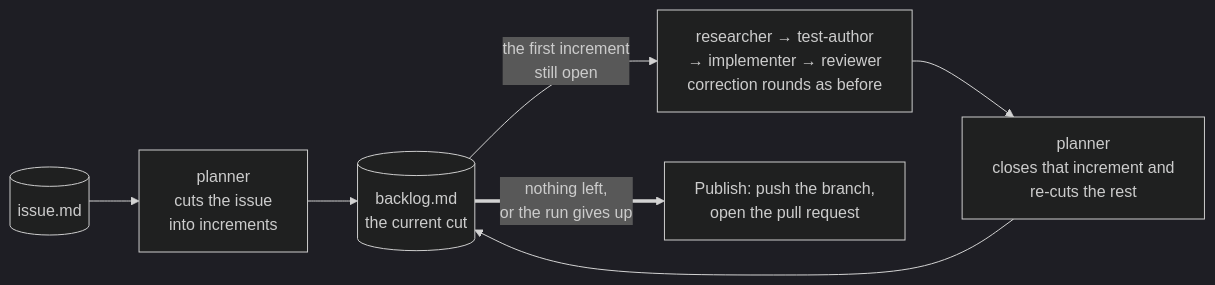
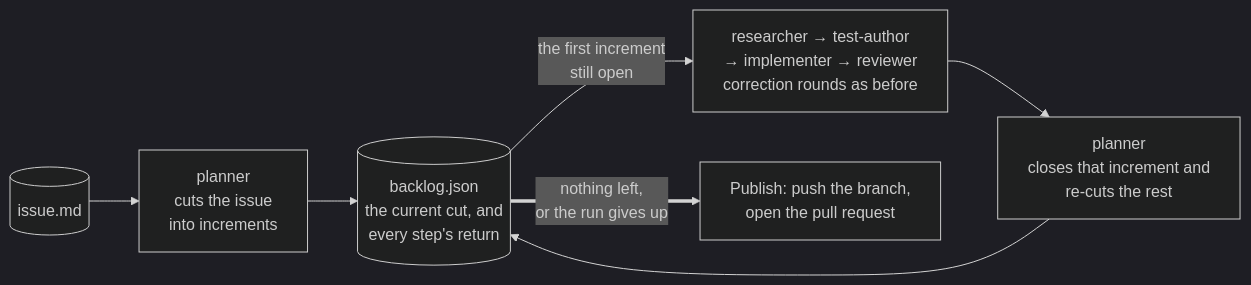
The second of 4 diagrams in README.md (artkoenig/athena), drawn with Mermaid (dark theme) before and after one commit. The commit also changed other lines of this file and 14 other files, not shown here.

````diff
--- a/README.md
+++ b/README.md
@@ -95,9 +100,9 @@
 ```mermaid
 flowchart LR
     ISSUE[("issue.md")] --> PLAN["planner<br/>cuts the issue<br/>into increments"]
-    PLAN --> BACK[("backlog.md<br/>the current cut")]
+    PLAN --> BACK[("backlog.json<br/>the current cut, and<br/>every step's return")]
     BACK -->|"the first increment<br/>still open"| CHAIN["researcher → test-author<br/>→ implementer → reviewer<br/>correction rounds as before"]
     CHAIN --> REPLAN["planner<br/>closes that increment and<br/>re-cuts the rest"]
     REPLAN --> BACK
     BACK ==>|"nothing left,<br/>or the run gives up"| PUB["Publish: push the branch,<br/>open the pull request"]
 ```
````
